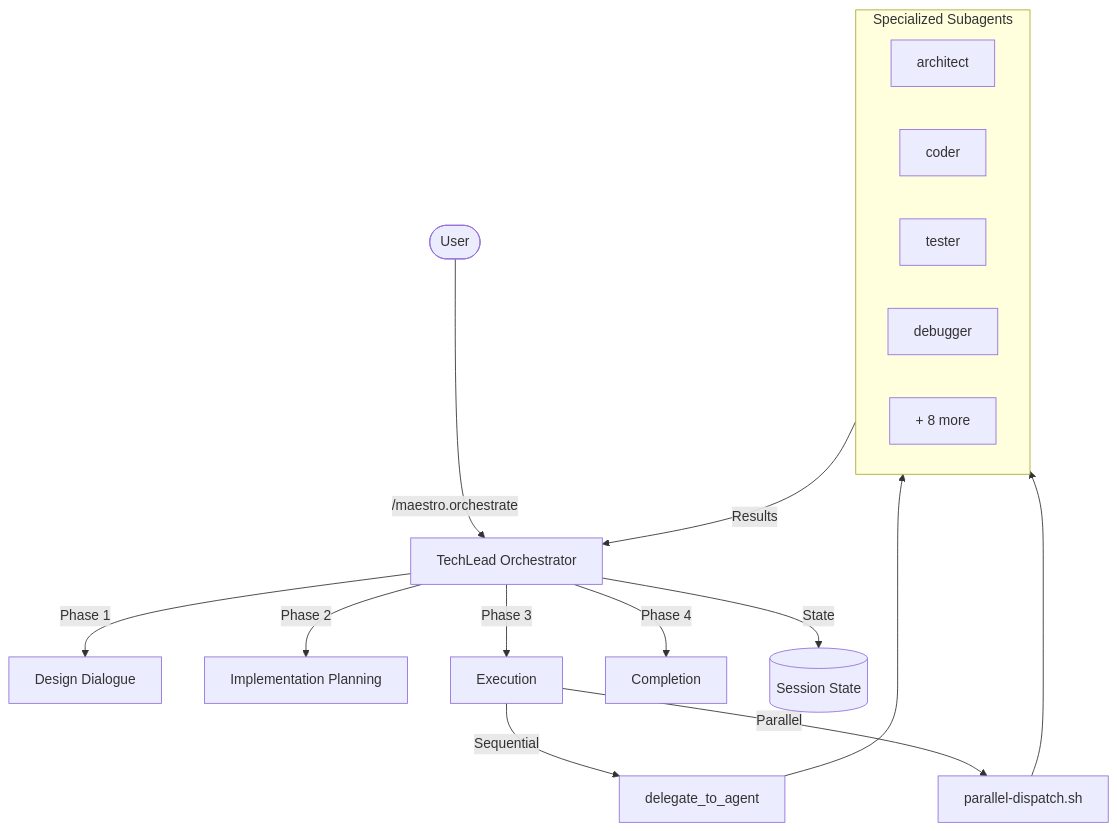
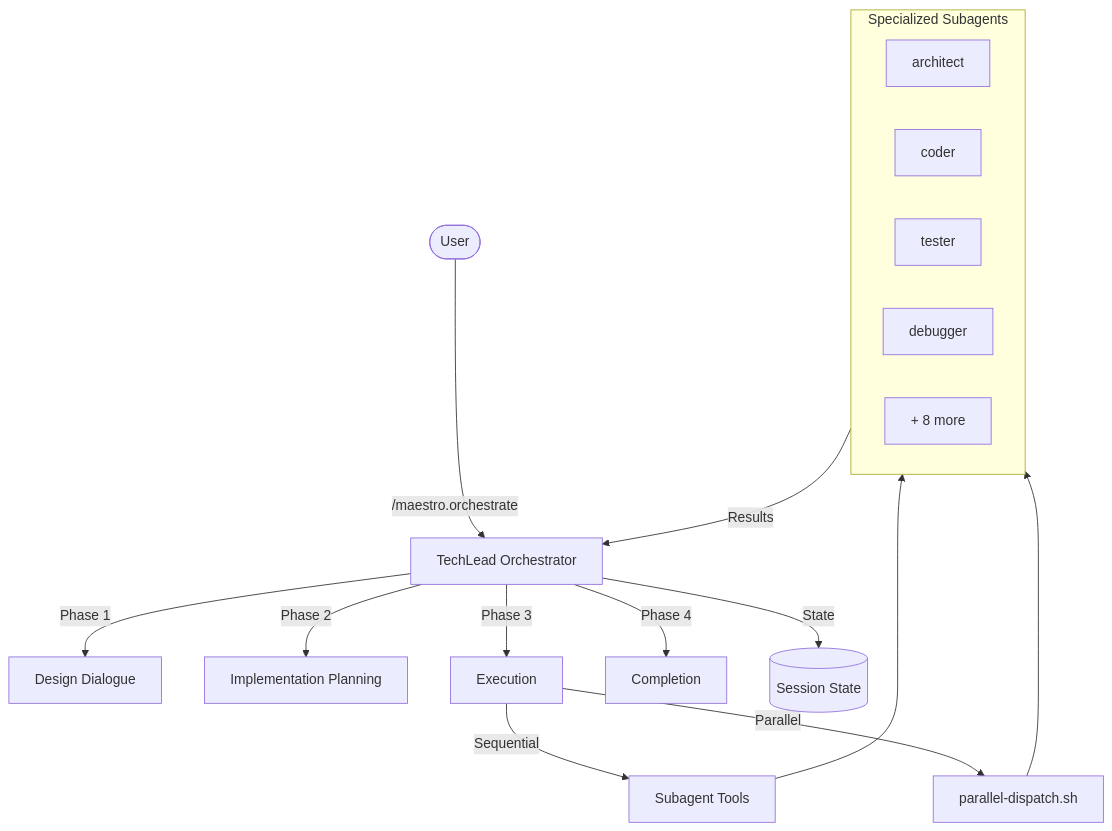
Before and after one commit to josstei/maestro-orchestrate: the diagram in README.md, drawn with Mermaid. The commit also changed other lines of this file and 19 other files, not shown here.

````diff
--- a/README.md
+++ b/README.md
@@ -295,27 +295,27 @@
 ```mermaid
 graph TB
     User([User]) -->|/maestro.orchestrate| TL[TechLead Orchestrator]
 
     TL -->|Phase 1| DD[Design Dialogue]
     TL -->|Phase 2| IP[Implementation Planning]
     TL -->|Phase 3| EX[Execution]
     TL -->|Phase 4| CO[Completion]
 
-    EX -->|Sequential| DA[delegate_to_agent]
+    EX -->|Sequential| DA[Subagent Tools]
     EX -->|Parallel| PD[parallel-dispatch.sh]
 
     DA --> Agents
     PD --> Agents
 
     subgraph Agents [Specialized Subagents]
         direction LR
         A1[architect]
         A2[coder]
         A3[tester]
         A4[debugger]
         A5[+ 8 more]
     end
 
     Agents -->|Results| TL
     TL -->|State| SS[(Session State)]
 ```
````
